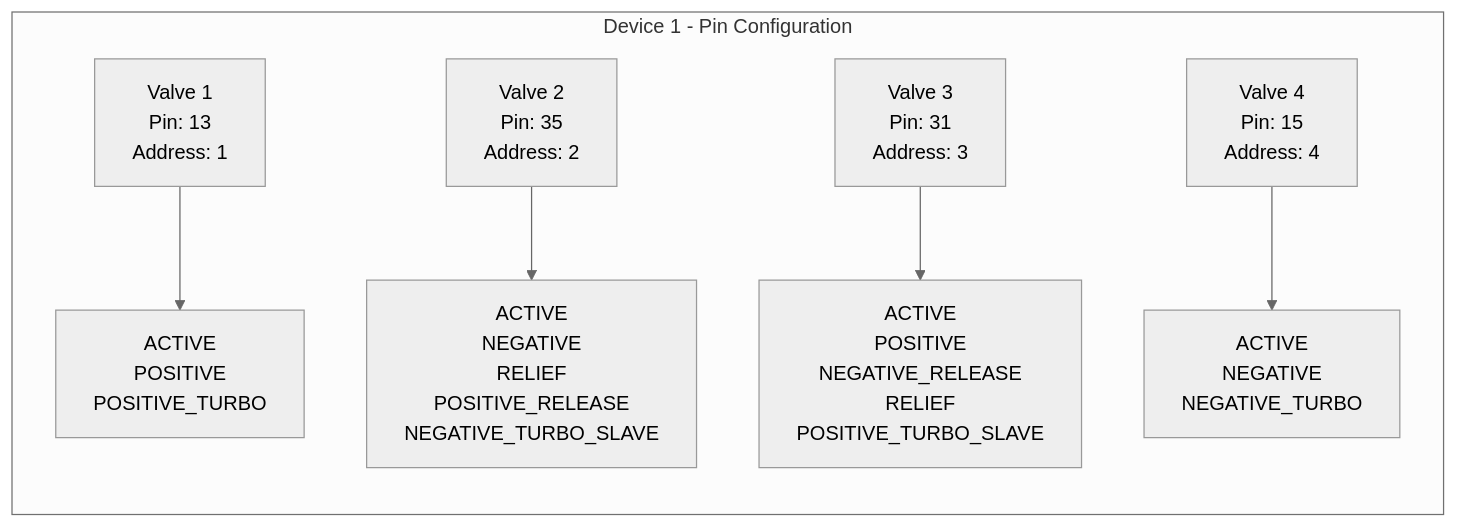
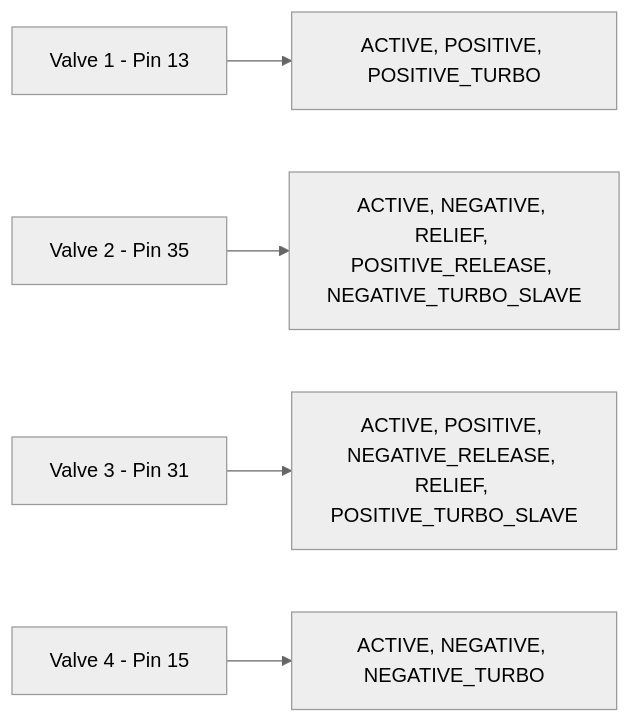
The first of 2 diagrams in docs/README.md (amr-kasem/ifet-firmware), drawn with Mermaid (neutral theme) before and after one commit. The commit also changed other lines of this file, not shown here.

````diff
--- a/docs/README.md
+++ b/docs/README.md
@@ -5,14 +22,7 @@
 ```mermaid
 flowchart LR
-    subgraph Device1["Device 1 - Pin Configuration"]
-        V1_1["Valve 1<br/>Pin: 13<br/>Address: 1"]
-        V2_1["Valve 2<br/>Pin: 35<br/>Address: 2"]
-        V3_1["Valve 3<br/>Pin: 31<br/>Address: 3"]
-        V4_1["Valve 4<br/>Pin: 15<br/>Address: 4"]
-        
-        V1_1 --> R1_1["ACTIVE<br/>POSITIVE<br/>POSITIVE_TURBO"]
-        V2_1 --> R2_1["ACTIVE<br/>NEGATIVE<br/>RELIEF<br/>POSITIVE_RELEASE<br/>NEGATIVE_TURBO_SLAVE"]
-        V3_1 --> R3_1["ACTIVE<br/>POSITIVE<br/>NEGATIVE_RELEASE<br/>RELIEF<br/>POSITIVE_TURBO_SLAVE"]
-        V4_1 --> R4_1["ACTIVE<br/>NEGATIVE<br/>NEGATIVE_TURBO"]
-    end
+    V1["Valve 1 - Pin 13"] --> R1["ACTIVE, POSITIVE, POSITIVE_TURBO"]
+    V2["Valve 2 - Pin 35"] --> R2["ACTIVE, NEGATIVE, RELIEF, POSITIVE_RELEASE, NEGATIVE_TURBO_SLAVE"]
+    V3["Valve 3 - Pin 31"] --> R3["ACTIVE, POSITIVE, NEGATIVE_RELEASE, RELIEF, POSITIVE_TURBO_SLAVE"]
+    V4["Valve 4 - Pin 15"] --> R4["ACTIVE, NEGATIVE, NEGATIVE_TURBO"]
 ```
````
